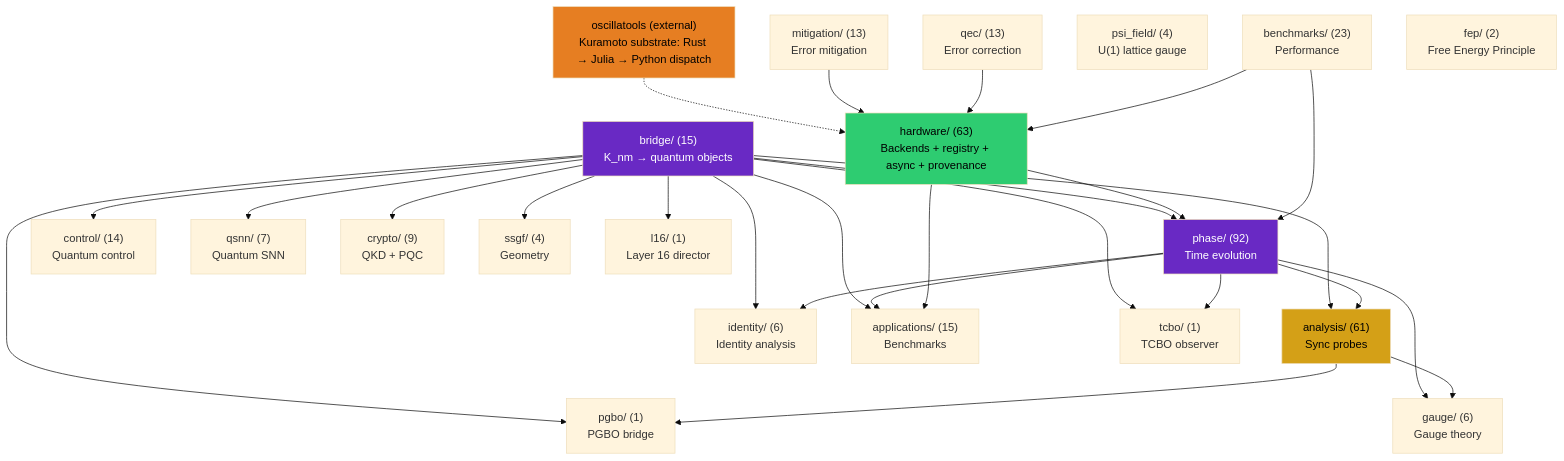
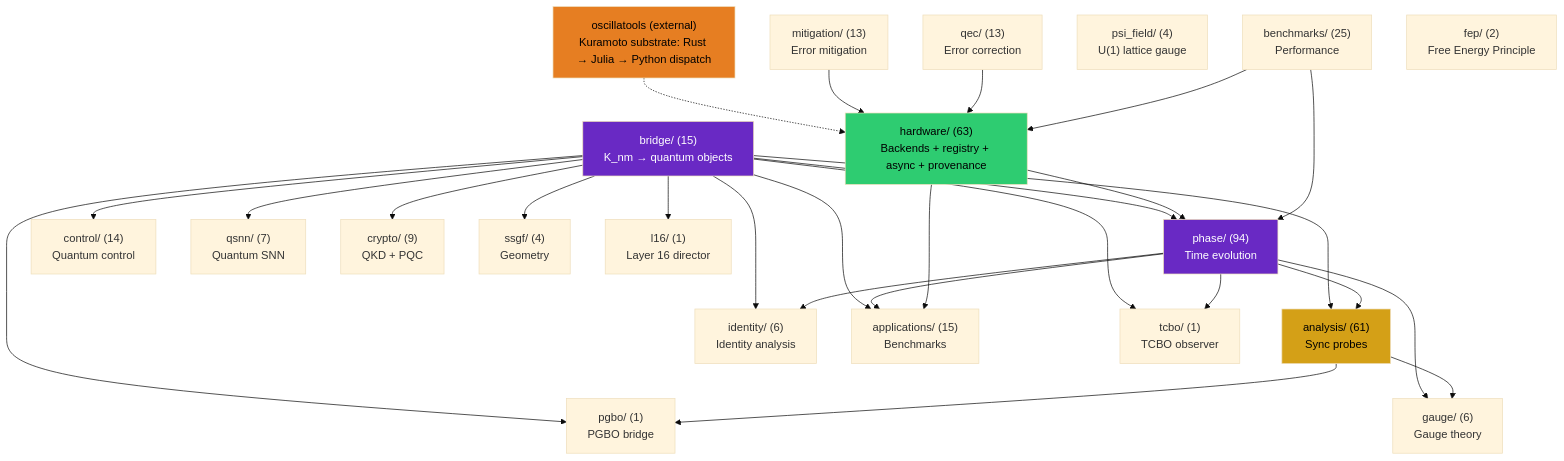
One commit to anulum/scpn-quantum-control changed the first of 4 diagrams in docs/architecture.md. Above: the diagram before and after it, drawn with Mermaid (base theme). The commit also changed 1 other file, not shown here.

Commit message:
fix: register optimizer-convergence benchmark and refresh architecture counts
Two pre-existing failures were reddening the CI and Docker test jobs on main,
surfaced by recent differentiable-lane and BL-18 phase additions (not by the
simulate plugin):

- test_differentiable_module_hardening_audit: the benchmarks module
  differentiable_optimizer_convergence.py was discovered but missing from the
  hardening registry. Register it with its module-specific test
  (test_differentiable_optimizer_convergence.py) and its fail-closed diagnostic
  surfaces.
- test_architecture_mermaid_node_counts_match_the_filesystem: the architecture
  map drifted after new modules landed. Refresh the phase (92->94) and
  benchmarks (23->25) package node counts to match the filesystem.

Seat: 7f6b

Authored by Anulum Fortis & Arcane Sapience (protoscience@anulum.li)

````diff
--- a/docs/architecture.md
+++ b/docs/architecture.md
@@ -88,55 +88,55 @@
 ```mermaid
 graph TD
     bridge["bridge/ (15)\nK_nm → quantum objects"]
-    phase["phase/ (92)\nTime evolution"]
+    phase["phase/ (94)\nTime evolution"]
     analysis["analysis/ (61)\nSync probes"]
     control["control/ (14)\nQuantum control"]
     qsnn["qsnn/ (7)\nQuantum SNN"]
     identity["identity/ (6)\nIdentity analysis"]
     hardware["hardware/ (63)\nBackends + registry + async + provenance"]
     mitigation["mitigation/ (13)\nError mitigation"]
     qec["qec/ (13)\nError correction"]
     gauge["gauge/ (6)\nGauge theory"]
     apps["applications/ (15)\nBenchmarks"]
     crypto["crypto/ (9)\nQKD + PQC"]
-    benchmarks["benchmarks/ (23)\nPerformance"]
+    benchmarks["benchmarks/ (25)\nPerformance"]
     ssgf["ssgf/ (4)\nGeometry"]
     psi_field["psi_field/ (4)\nU(1) lattice gauge"]
     oscillatools["oscillatools (external)\nKuramoto substrate: Rust → Julia → Python dispatch"]
     fep["fep/ (2)\nFree Energy Principle"]
     tcbo["tcbo/ (1)\nTCBO observer"]
     pgbo["pgbo/ (1)\nPGBO bridge"]
     l16["l16/ (1)\nLayer 16 director"]
 
     bridge --> phase
     bridge --> analysis
     bridge --> control
     bridge --> qsnn
     bridge --> identity
     bridge --> apps
     bridge --> crypto
     bridge --> ssgf
     phase --> analysis
     phase --> identity
     phase --> apps
     phase --> gauge
     analysis --> gauge
     hardware --> phase
     hardware --> apps
     oscillatools -.-> hardware
     mitigation --> hardware
     qec --> hardware
     benchmarks --> phase
     benchmarks --> hardware
     bridge --> tcbo
     bridge --> pgbo
     bridge --> l16
     phase --> tcbo
     analysis --> pgbo
 
     style bridge fill:#6929C4,color:#fff
     style analysis fill:#d4a017,color:#000
     style phase fill:#6929C4,color:#fff
     style hardware fill:#2ecc71,color:#000
     style oscillatools fill:#e67e22,color:#000
 ```
````
